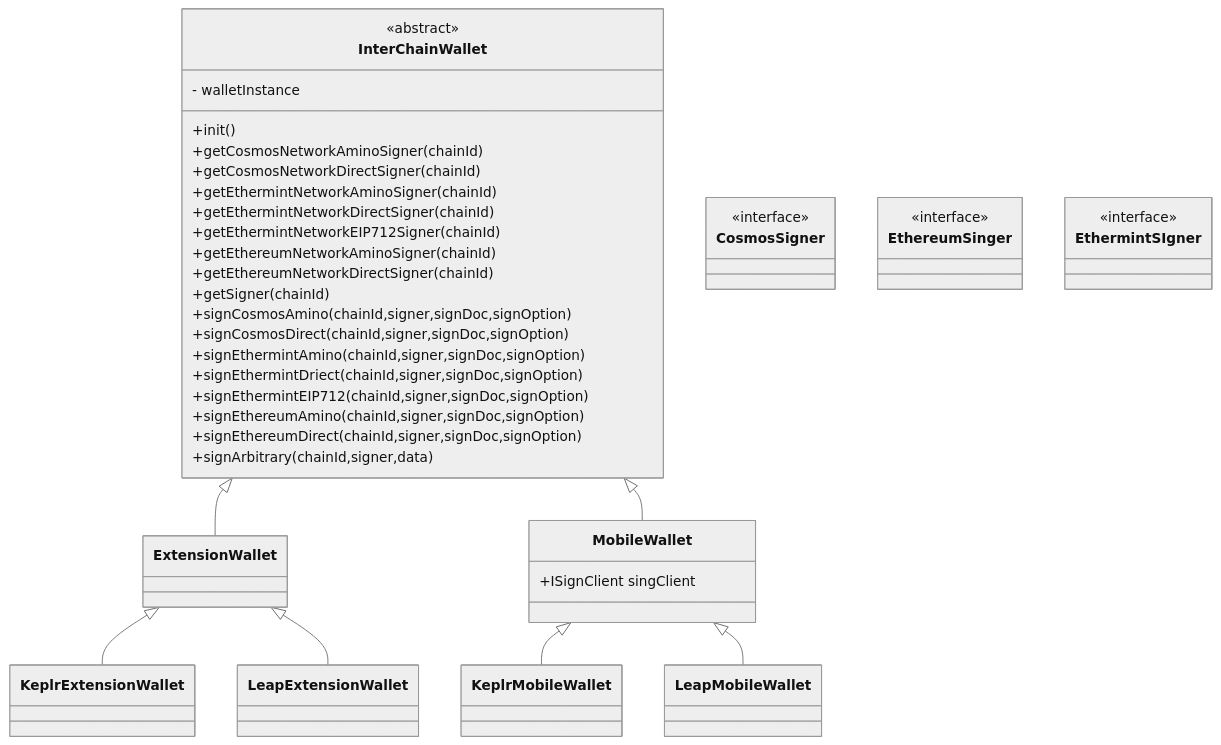
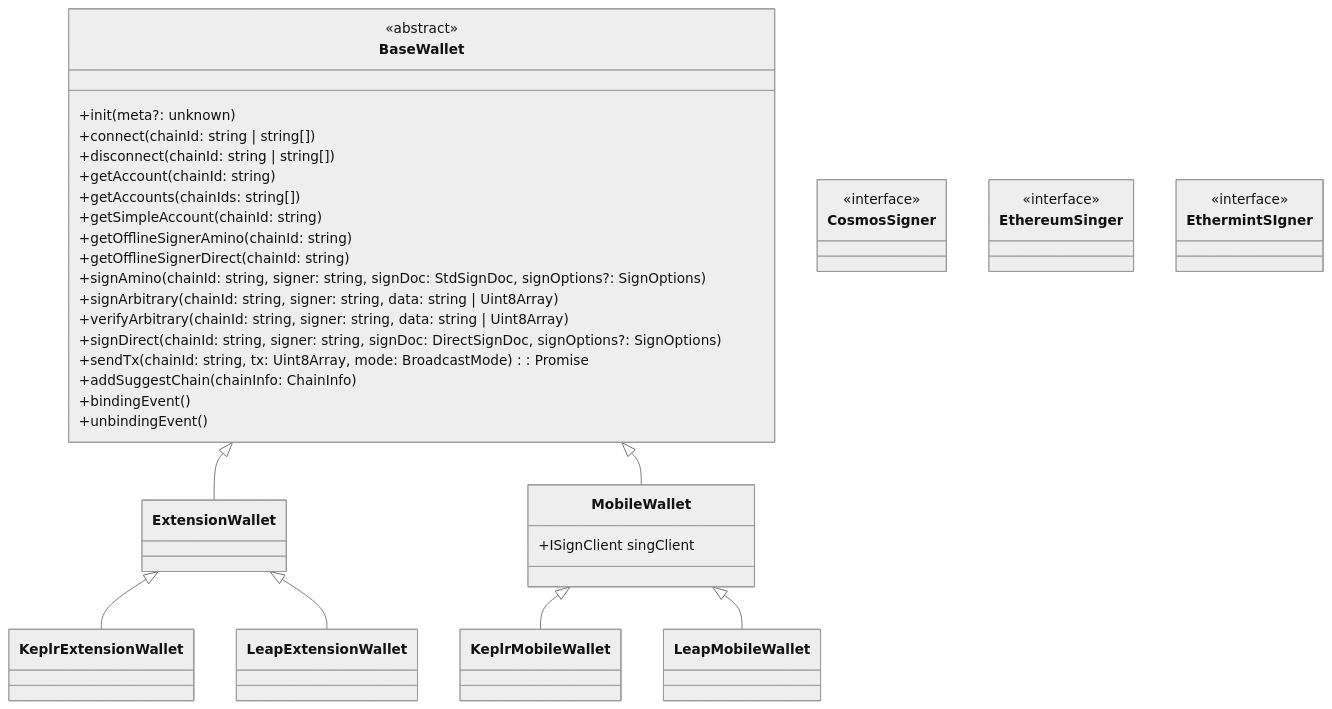
One commit to rivtechnologies/interchain-kit changed the second of 2 diagrams in packages/core/README.md. Above: the diagram before and after it, drawn with Mermaid (neutral theme). The commit also changed other lines of this file, not shown here.

Commit message:
upgrade uml

````diff
--- a/packages/core/README.md
+++ b/packages/core/README.md
@@ -138,67 +137,79 @@
 ```mermaid
 classDiagram
-    class InterChainWallet{
+    class BaseWallet{
         <<abstract>>
-        - walletInstance
-        +init()
-        +getCosmosNetworkAminoSigner(chainId)
-        +getCosmosNetworkDirectSigner(chainId)
-        +getEthermintNetworkAminoSigner(chainId)
-        +getEthermintNetworkDirectSigner(chainId)
-        +getEthermintNetworkEIP712Signer(chainId)
-        +getEthereumNetworkAminoSigner(chainId)
-        +getEthereumNetworkDirectSigner(chainId)
-        +getSigner(chainId)
+        +init(meta?: unknown)
 
-        +signCosmosAmino(chainId,signer,signDoc,signOption)
-        +signCosmosDirect(chainId,signer,signDoc,signOption)
-        +signEthermintAmino(chainId,signer,signDoc,signOption)
-        +signEthermintDriect(chainId,signer,signDoc,signOption)
-        +signEthermintEIP712(chainId,signer,signDoc,signOption)
-        +signEthereumAmino(chainId,signer,signDoc,signOption)
-        +signEthereumDirect(chainId,signer,signDoc,signOption)
-        +signArbitrary(chainId,signer,data)
+        +connect(chainId: string | string[])
+
+        +disconnect(chainId: string | string[])
+
+        +getAccount(chainId: string)
+
+        +getAccounts(chainIds: string[])
+
+        +getSimpleAccount(chainId: string) 
+
+        +getOfflineSignerAmino(chainId: string)
+
+        +getOfflineSignerDirect(chainId: string)
+
+        +signAmino(chainId: string, signer: string, signDoc: StdSignDoc, signOptions?: SignOptions)
+
+        +signArbitrary(chainId: string, signer: string, data: string | Uint8Array)
+
+        +verifyArbitrary(chainId: string, signer: string, data: string | Uint8Array)
+
+        +signDirect(chainId: string, signer: string, signDoc: DirectSignDoc, signOptions?: SignOptions)
+
+        +sendTx(chainId: string, tx: Uint8Array, mode: BroadcastMode): Promise<Uint8Array>
+
+        +addSuggestChain(chainInfo: ChainInfo)
+
+        +bindingEvent()
+
+        +unbindingEvent()
     }
 
-    InterChainWallet <|-- ExtensionWallet
-    InterChainWallet <|-- MobileWallet
+    BaseWallet <|-- ExtensionWallet
+    BaseWallet <|-- MobileWallet
 
     class ExtensionWallet {
 
     }
     class MobileWallet {
       +ISignClient singClient
     }
 
     ExtensionWallet <|-- KeplrExtensionWallet
     ExtensionWallet <|-- LeapExtensionWallet
 
     MobileWallet <|-- KeplrMobileWallet
     MobileWallet <|-- LeapMobileWallet
 
     class KeplrExtensionWallet {
 
     }
     class KeplrMobileWallet {
   
     }
 
     class LeapExtensionWallet {
 
     }
     class LeapMobileWallet {
   
     }
 
     class CosmosSigner {
       <<interface>>
     }
     class EthereumSinger {
       <<interface>>
     }
     class EthermintSIgner {
       <<interface>>
     }
 
 
 ```
````
